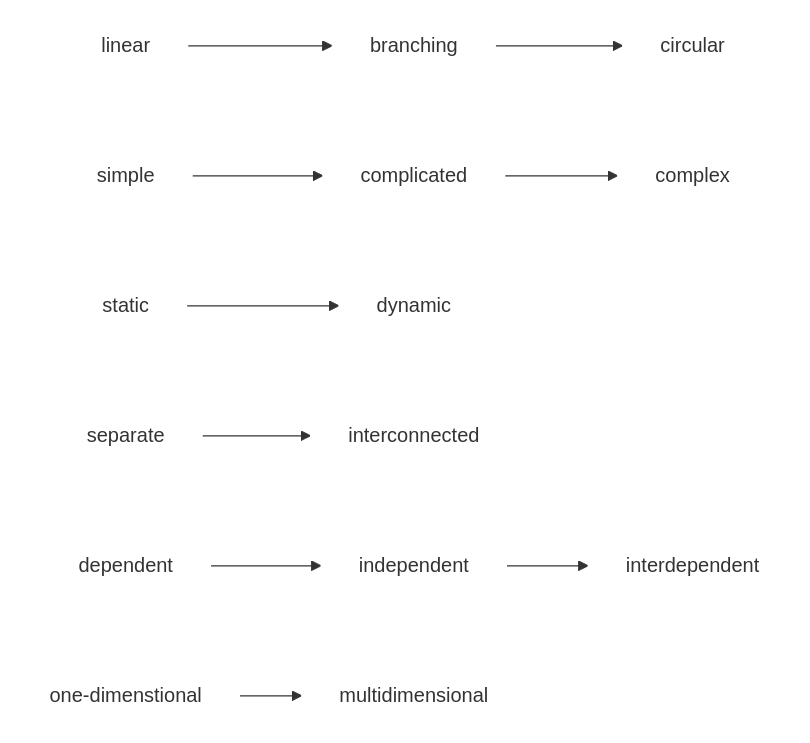
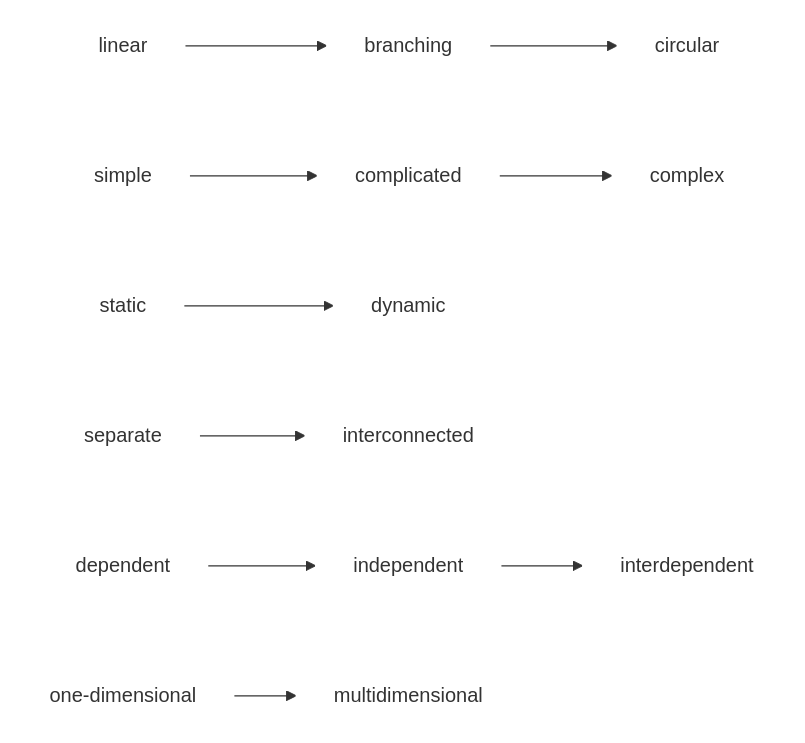
Before and after one commit to rowdenw/rowdenw.github.io: the diagram in _posts/2021-03-20-Think-Anthropocene.md, drawn with Mermaid. The commit also changed 1 other file, not shown here.

Commit message:
Fix typographic error.

```diff
--- a/_posts/2021-03-20-Think-Anthropocene.md
+++ b/_posts/2021-03-20-Think-Anthropocene.md
@@ -41,10 +41,10 @@
 <div class="mermaid">
 graph LR;
 classDef default fill:#FFFFFF, stroke:#FFFFFF;
 linear --> branching --> circular;
 simple --> complicated --> complex;
 static --> dynamic;
 separate --> interconnected;
 dependent --> independent --> interdependent;
-one-dimenstional --> multidimensional;
+one-dimensional --> multidimensional;
 </div>
```
